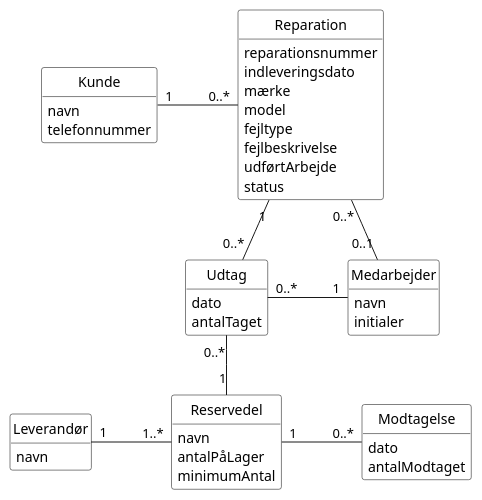
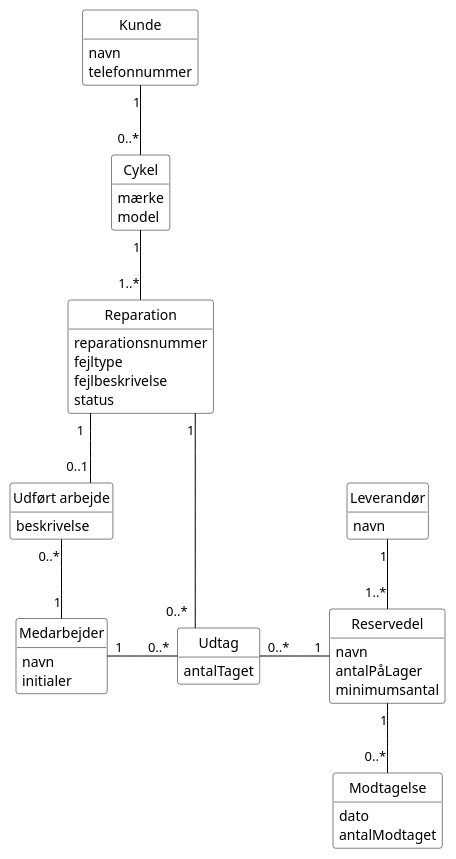
One commit to Zoabz/Getting-Real changed the diagram in 2. Domæne Model/domænemodel.puml. Above: the diagram before and after it, drawn with PlantUML.

Commit message:
domæne model

```diff
--- a/2. Domæne Model/domænemodel.puml
+++ b/2. Domæne Model/domænemodel.puml
@@ -1,64 +1,76 @@
-@startuml
-' Samme model som domænemodel.png / domænemodel.drawio
+@startuml domænemodel_ny
+' Domænemodel – Vekto Cykelværksted (UC1–UC9)
+
+skinparam backgroundColor #FFFFFF
+skinparam linetype ortho
+skinparam shadowing false
 skinparam monochrome true
-skinparam shadowing false
-skinparam nodesep 80
-skinparam ranksep 60
-skinparam backgroundColor white
+skinparam defaultFontName Arial
 skinparam classAttributeIconSize 0
+skinparam nodesep 70
+skinparam ranksep 70
 skinparam class {
-  BackgroundColor white
-  BorderColor black
+  BackgroundColor #FFFFFF
+  BorderColor #000000
+  ArrowColor #000000
 }
 hide circle
 hide methods
+hide empty members
 
 class Kunde {
   navn
   telefonnummer
 }
 
+class Cykel {
+  mærke
+  model
+}
+
 class Reparation {
   reparationsnummer
-  indleveringsdato
-  mærke
-  model
   fejltype
   fejlbeskrivelse
-  udførtArbejde
   status
+}
+
+class "Udført arbejde" as UdfoertArbejde {
+  beskrivelse
 }
 
 class Medarbejder {
   navn
   initialer
 }
 
 class Udtag {
-  dato
   antalTaget
 }
 
 class Reservedel {
   navn
   antalPåLager
-  minimumAntal
+  minimumsantal
 }
 
 class Leverandør {
   navn
 }
 
 class Modtagelse {
   dato
   antalModtaget
 }
 
-Kunde "1" -right- "0..*" Reparation
-Reparation "0..*" -right- "0..1" Medarbejder
-Reparation "1" -down- "0..*" Udtag
-Udtag "0..*" -right- "1" Medarbejder
-Udtag "0..*" -down- "1" Reservedel
-Leverandør "1" -right- "1..*" Reservedel
-Reservedel "1" -right- "0..*" Modtagelse
+Kunde "1" -down- "0..*" Cykel
+Cykel "1" -down- "1..*" Reparation
+Reparation "1" -down- "0..1  " UdfoertArbejde
+UdfoertArbejde "0..*" -down- "1" Medarbejder
+Reparation "1  " -down- "0..*" Udtag
+Medarbejder "1" -right- "0..*" Udtag
+Udtag "0..*" -right- "1" Reservedel
+Leverandør "1" -down- "1..*" Reservedel
+Reservedel "1" -down- "0..*" Modtagelse
+
 @enduml
```
